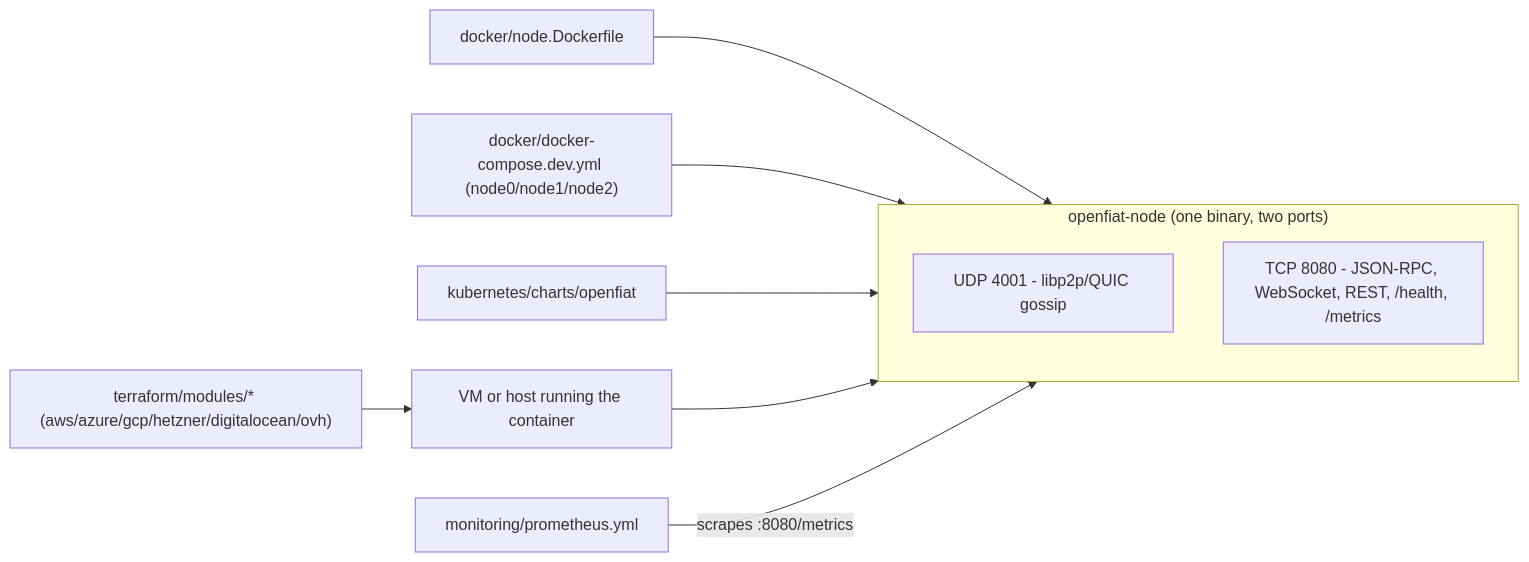
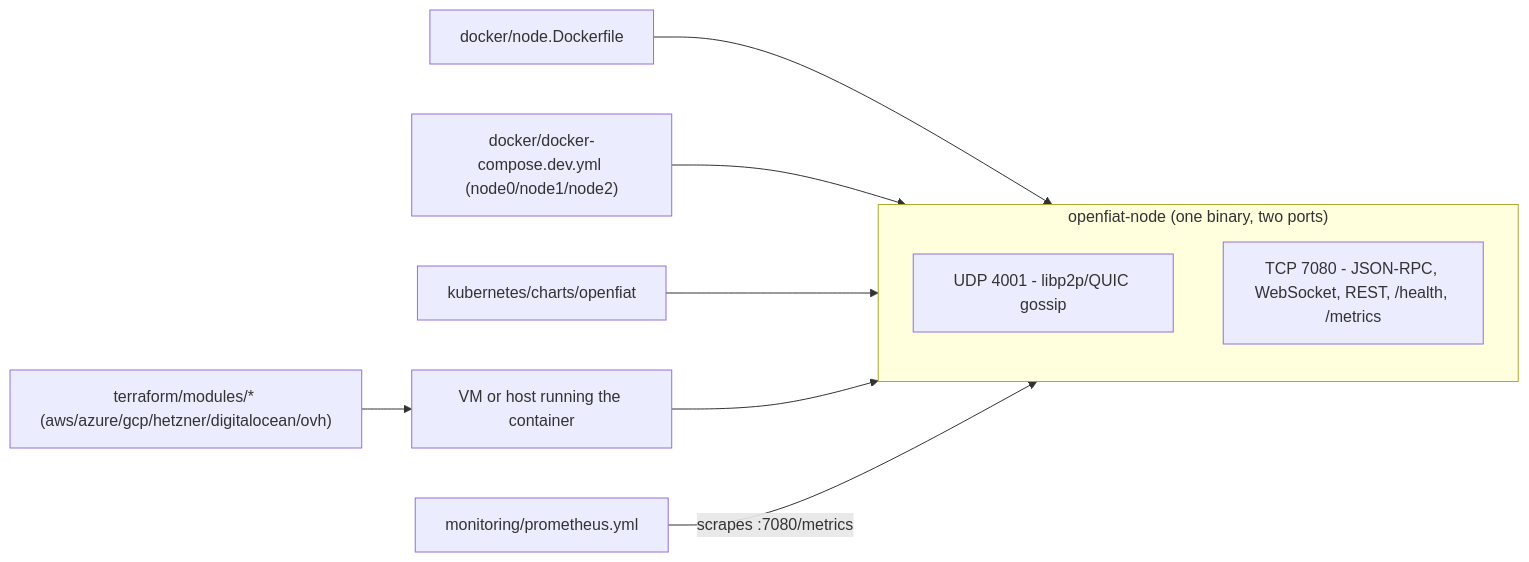
One commit to OpenFiat-org/openfiat-infra changed the diagram in docs/architecture.md. Above: the diagram before and after it, drawn with Mermaid. The commit also changed other lines of this file and 7 other files, not shown here.

First line of the commit message:
follow the node's default HTTP port move from 8080 to 7080

````diff
--- a/docs/architecture.md
+++ b/docs/architecture.md
@@ -8,13 +8,13 @@
 ```mermaid
 flowchart LR
     subgraph Node["openfiat-node (one binary, two ports)"]
         P2P["UDP 4001 - libp2p/QUIC gossip"]
-        HTTP["TCP 8080 - JSON-RPC, WebSocket, REST, /health, /metrics"]
+        HTTP["TCP 7080 - JSON-RPC, WebSocket, REST, /health, /metrics"]
     end
     Docker["docker/node.Dockerfile"] --> Node
     Compose["docker/docker-compose.dev.yml (node0/node1/node2)"] --> Node
     Helm["kubernetes/charts/openfiat"] --> Node
     TF["terraform/modules/* (aws/azure/gcp/hetzner/digitalocean/ovh)"] --> Host[VM or host running the container]
     Host --> Node
-    Prom["monitoring/prometheus.yml"] -->|scrapes :8080/metrics| Node
+    Prom["monitoring/prometheus.yml"] -->|scrapes :7080/metrics| Node
 ```
````
